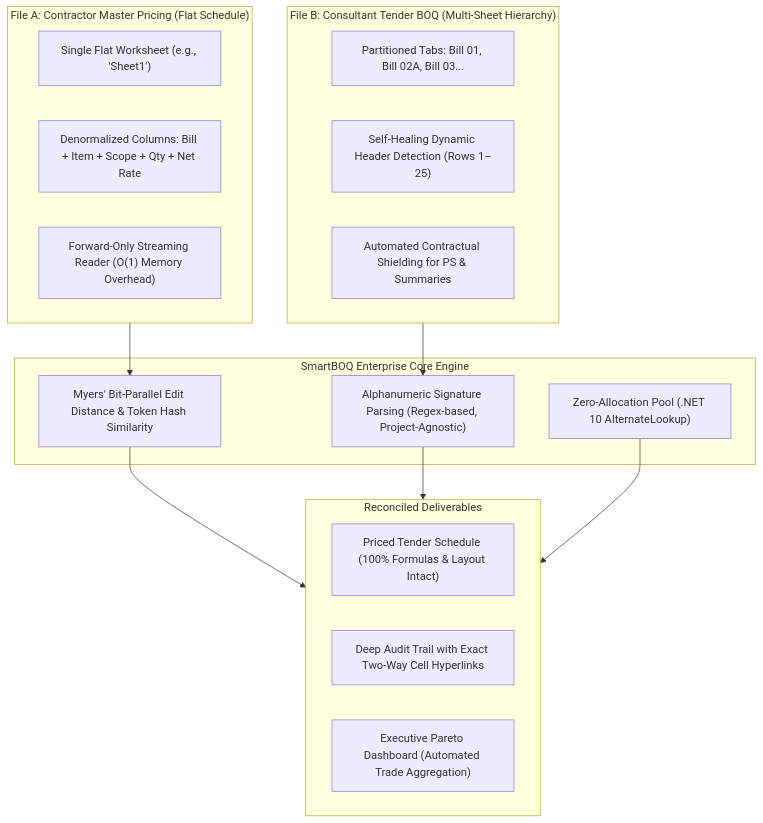
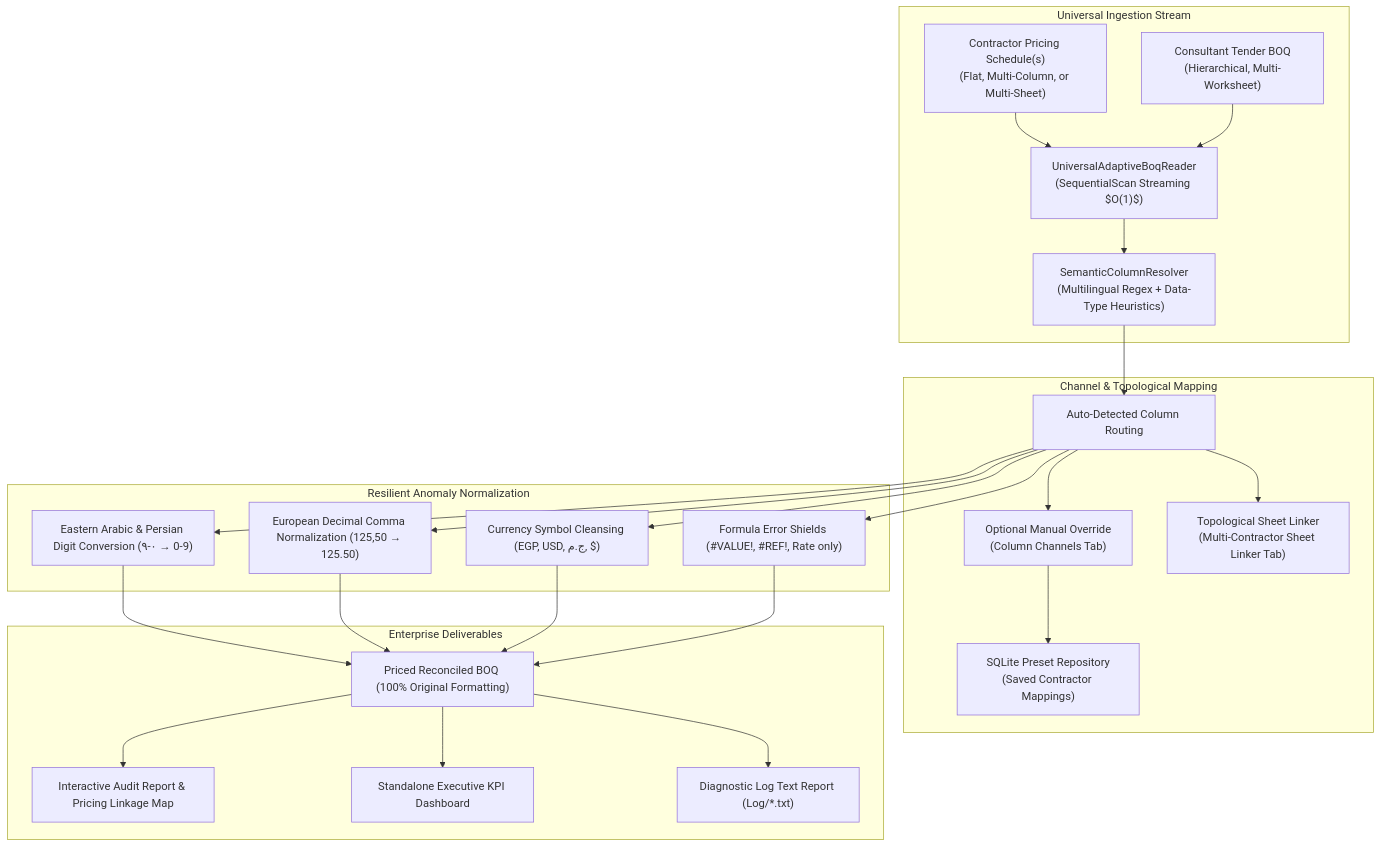
The diagram in doc/SUPPORTED_FILE_STRUCTURES.md (AbdulLatifMustafa/SmartBOQ-Enterprise), drawn with Mermaid before and after one commit. The commit also changed other lines of this file and 7 other files, not shown here.

Commit message:
docs: modernize architectural documentation and add engineering standards specification

````diff
--- a/doc/SUPPORTED_FILE_STRUCTURES.md
+++ b/doc/SUPPORTED_FILE_STRUCTURES.md
@@ -10,30 +9,29 @@
 ```mermaid
 flowchart TD
-    subgraph FileA["File A: Contractor Master Pricing (Flat Schedule)"]
-        FA1["Single Flat Worksheet (e.g., 'Sheet1')"]
-        FA2["Denormalized Columns: Bill + Item + Scope + Qty + Net Rate"]
-        FA3["Forward-Only Streaming Reader (O(1) Memory Overhead)"]
+    subgraph Ingestion["Universal Ingestion Stream"]
+        F1["Contractor Pricing Schedule(s)<br/>(Flat, Multi-Column, or Multi-Sheet)"] --> R1["UniversalAdaptiveBoqReader<br/>(SequentialScan Streaming $O(1)$)"]
+        F2["Consultant Tender BOQ<br/>(Hierarchical, Multi-Worksheet)"] --> R1
+        R1 --> S1["SemanticColumnResolver<br/>(Multilingual Regex + Data-Type Heuristics)"]
     end
 
-    subgraph FileB["File B: Consultant Tender BOQ (Multi-Sheet Hierarchy)"]
-        B1["Partitioned Tabs: Bill 01, Bill 02A, Bill 03..."]
-        B2["Self-Healing Dynamic Header Detection (Rows 1–25)"]
-        B3["Automated Contractual Shielding for PS & Summaries"]
+    subgraph ChannelControl["Channel & Topological Mapping"]
+        S1 --> C1["Auto-Detected Column Routing"]
+        C1 --> C2["Optional Manual Override<br/>(Column Channels Tab)"]
+        C1 --> C3["Topological Sheet Linker<br/>(Multi-Contractor Sheet Linker Tab)"]
+        C2 --> C4["SQLite Preset Repository<br/>(Saved Contractor Mappings)"]
     end
 
-    subgraph CoreEngine["SmartBOQ Enterprise Core Engine"]
-        M1["Myers' Bit-Parallel Edit Distance & Token Hash Similarity"]
-        M2["Alphanumeric Signature Parsing (Regex-based, Project-Agnostic)"]
-        M3["Zero-Allocation Pool (.NET 10 AlternateLookup)"]
+    subgraph ResilientRecovery["Resilient Anomaly Normalization"]
+        C1 --> N1["Eastern Arabic & Persian Digit Conversion (٠-٩ → 0-9)"]
+        C1 --> N2["European Decimal Comma Normalization (125,50 → 125.50)"]
+        C1 --> N3["Currency Symbol Cleansing (EGP, USD, ج.م, $)"]
+        C1 --> N4["Formula Error Shields (#VALUE!, #REF!, Rate only)"]
     end
 
-    subgraph OutputTarget["Reconciled Deliverables"]
-        O1["Priced Tender Schedule (100% Formulas & Layout Intact)"]
-        O2["Deep Audit Trail with Exact Two-Way Cell Hyperlinks"]
-        O3["Executive Pareto Dashboard (Automated Trade Aggregation)"]
+    subgraph Deliverables["Enterprise Deliverables"]
+        N1 & N2 & N3 & N4 --> D1["Priced Reconciled BOQ (100% Original Formatting)"]
+        D1 --> D2["Interactive Audit Report & Pricing Linkage Map"]
+        D1 --> D3["Standalone Executive KPI Dashboard"]
+        D1 --> D4["Diagnostic Log Text Report (Log/*.txt)"]
     end
-
-    FileA --> M1
-    FileB --> M2
-    M1 & M2 & M3 --> OutputTarget
 ```
````
